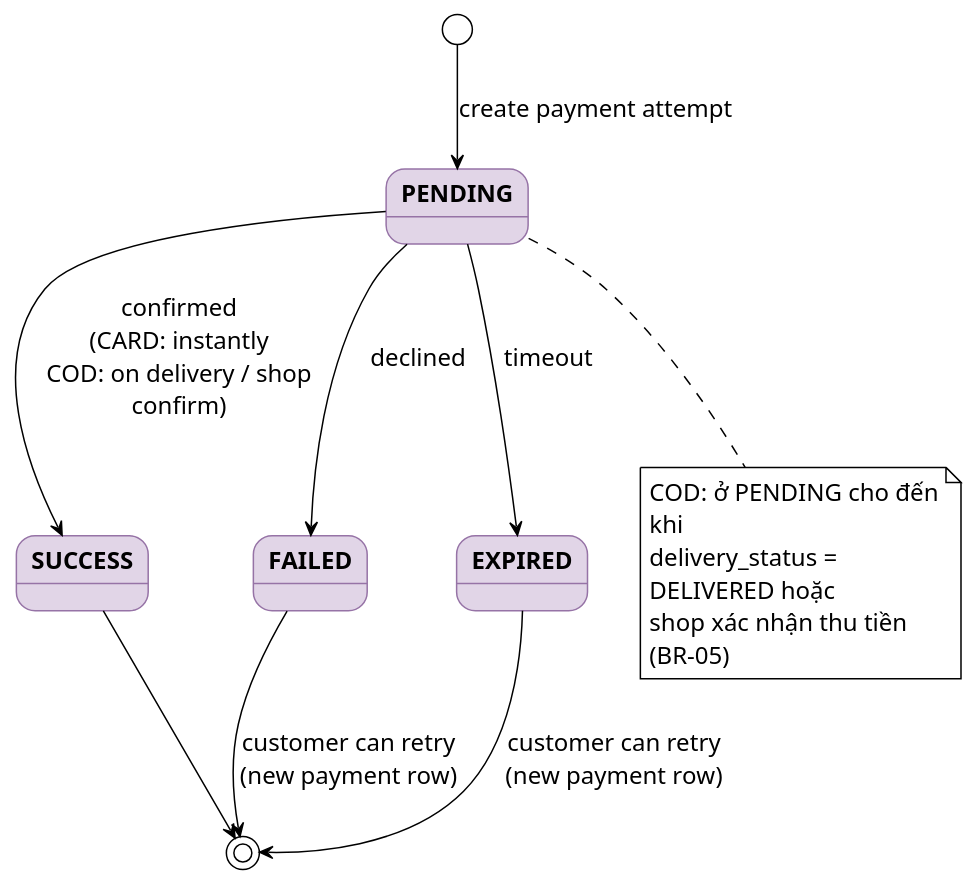
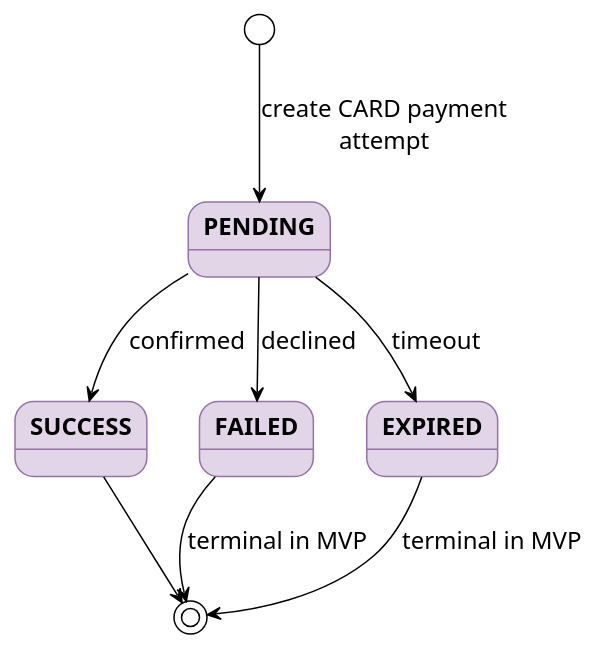
Before and after one commit to hoangtuan2k5/shopflow: the fourth of 10 diagrams in docs/database-schema.md, drawn with PlantUML. The commit also changed other lines of this file and 5 other files, not shown here.

````diff
--- a/docs/database-schema.md
+++ b/docs/database-schema.md
@@ -513,27 +518,21 @@
 ```plantuml
 @startuml
 !theme plain
 skinparam defaultFontSize 16
 skinparam maxMessageSize 200
 skinparam wrapWidth 200
 skinparam state {
     BackgroundColor #E1D5E7
     BorderColor #9673A6
     FontStyle bold
 }
 
-[*] --> PENDING : create payment attempt
-PENDING --> SUCCESS : confirmed\n(CARD: instantly\nCOD: on delivery / shop confirm)
+[*] --> PENDING : create CARD payment attempt
+PENDING --> SUCCESS : confirmed
 PENDING --> FAILED : declined
 PENDING --> EXPIRED : timeout
-FAILED --> [*] : customer can retry\n(new payment row)
-EXPIRED --> [*] : customer can retry\n(new payment row)
+FAILED --> [*] : terminal in MVP
+EXPIRED --> [*] : terminal in MVP
 SUCCESS --> [*]
-
-note bottom of PENDING
-  COD: ở PENDING cho đến khi
-  delivery_status = DELIVERED hoặc
-  shop xác nhận thu tiền (BR-05)
-end note
 @enduml
 ```
````
